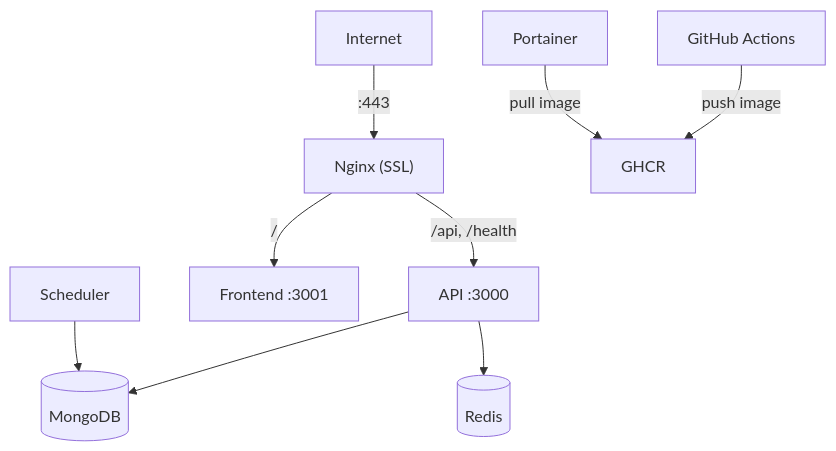
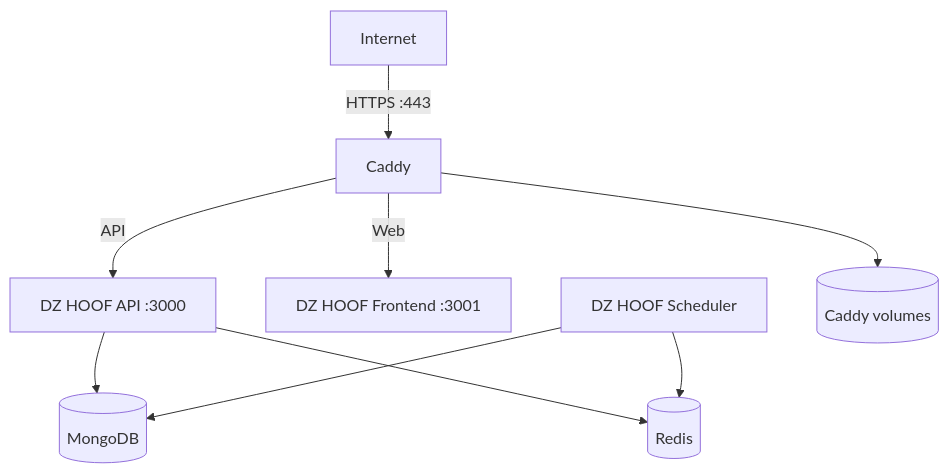
The diagram in server/docs/workflow/DEPLOYMENT_GUIDE.md (mostafabonnif-beep/dzhoot), drawn with Mermaid before and after one commit. The commit also changed other lines of this file and 13 other files, not shown here.

````diff
--- a/server/docs/workflow/DEPLOYMENT_GUIDE.md
+++ b/server/docs/workflow/DEPLOYMENT_GUIDE.md
@@ -7,11 +9,11 @@
 ```mermaid
 graph TB
-  Internet -->|":443"| Nginx["Nginx (SSL)"]
-  Nginx -->|"/api, /health"| API["API :3000"]
-  Nginx -->|"/"| Frontend["Frontend :3001"]
-  API --> MongoDB[("MongoDB")]
-  API --> Redis[("Redis")]
-  Scheduler --> MongoDB
-  GHA["GitHub Actions"] -->|"push image"| GHCR["GHCR"]
-  Portainer -->|"pull image"| GHCR
+  Internet -->|HTTPS :443| Caddy[Caddy]
+  Caddy -->|API| API[DZ HOOF API :3000]
+  Caddy -->|Web| Frontend[DZ HOOF Frontend :3001]
+  API --> MongoDB[(MongoDB)]
+  API --> Redis[(Redis)]
+  Scheduler[DZ HOOF Scheduler] --> MongoDB
+  Scheduler --> Redis
+  Caddy --> CaddyData[(Caddy volumes)]
 ```
````
